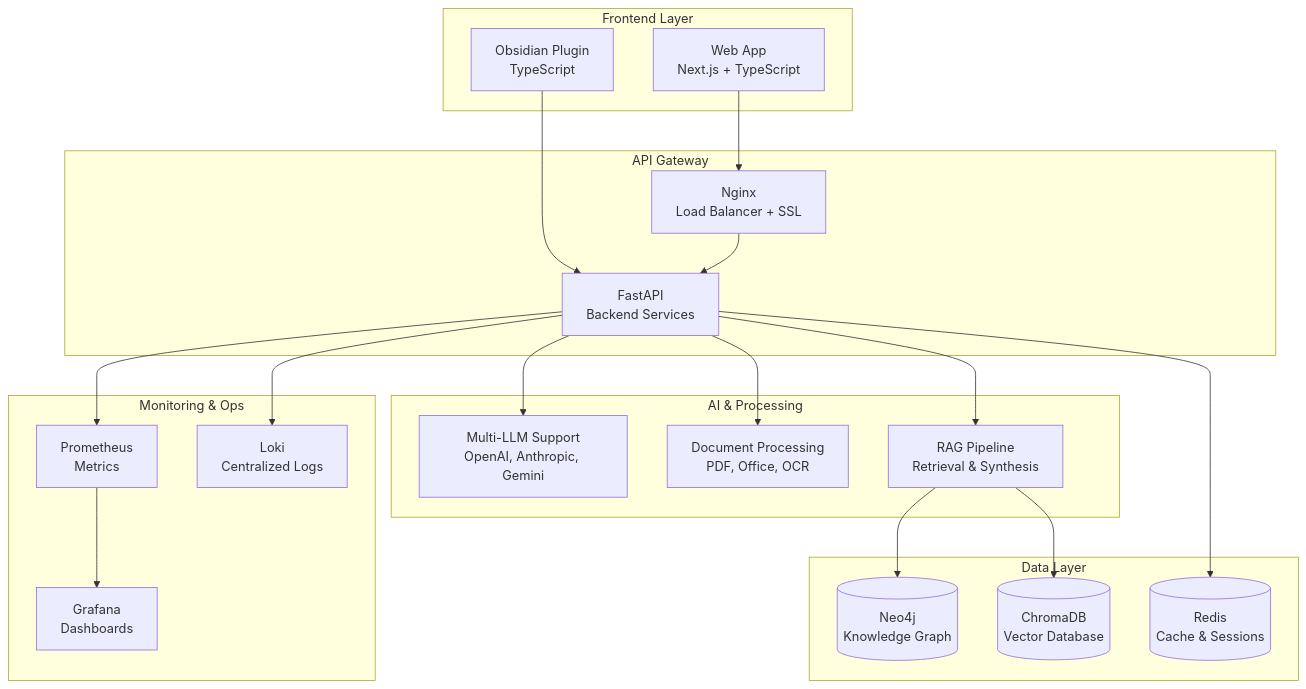
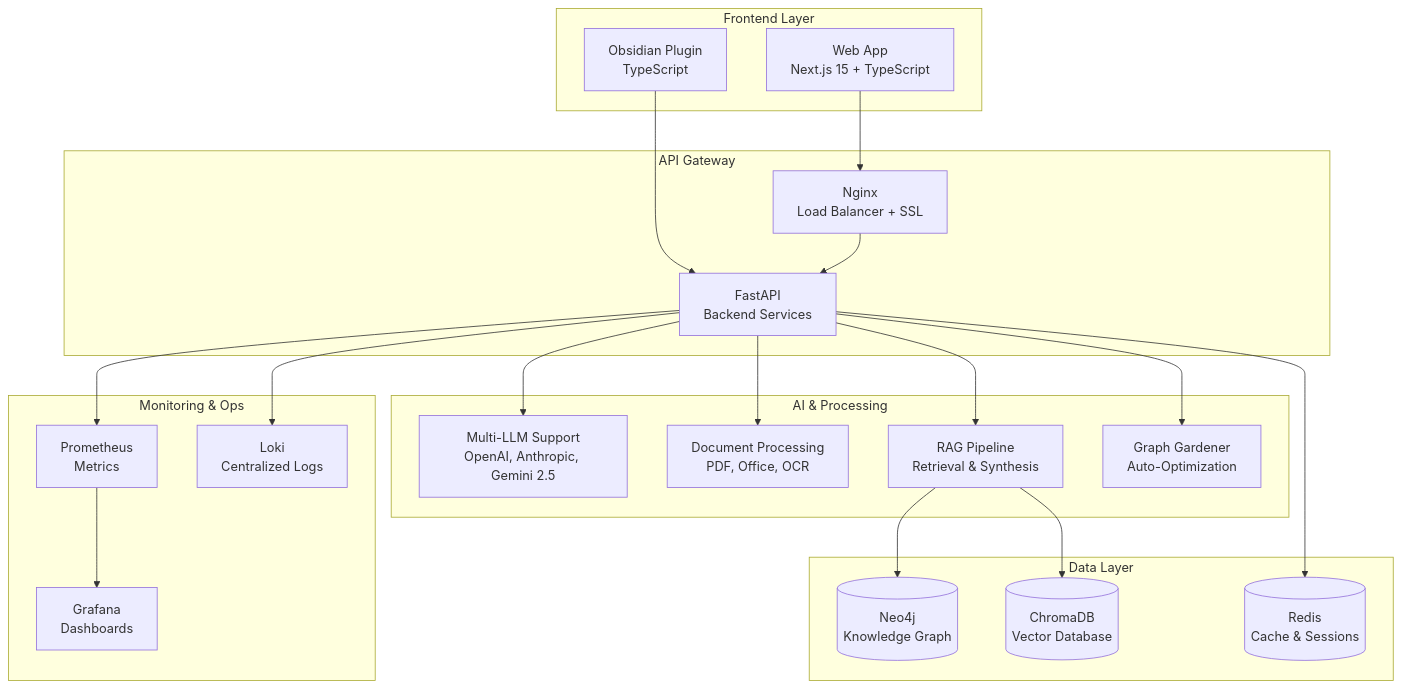
Before and after one commit to bneweling/neuronode: the diagram in README.md, drawn with Mermaid. The commit also changed other lines of this file and 11 other files, not shown here.

First line of the commit message:
🚀 Web-App vollständig funktionsfähig - Dokumentation aufgeräumt

````diff
--- a/README.md
+++ b/README.md
@@ -85,43 +91,45 @@
 ```mermaid
 graph TB
     subgraph "Frontend Layer"
-        WA[Web App<br/>Next.js + TypeScript]
+        WA[Web App<br/>Next.js 15 + TypeScript]
         OP[Obsidian Plugin<br/>TypeScript]
     end
     
     subgraph "API Gateway"
         NG[Nginx<br/>Load Balancer + SSL]
         API[FastAPI<br/>Backend Services]
     end
     
     subgraph "AI & Processing"
-        LLM[Multi-LLM Support<br/>OpenAI, Anthropic, Gemini]
+        LLM[Multi-LLM Support<br/>OpenAI, Anthropic, Gemini 2.5]
         DOC[Document Processing<br/>PDF, Office, OCR]
         RAG[RAG Pipeline<br/>Retrieval & Synthesis]
+        GG[Graph Gardener<br/>Auto-Optimization]
     end
     
     subgraph "Data Layer"
         NEO[(Neo4j<br/>Knowledge Graph)]
         CHR[(ChromaDB<br/>Vector Database)]
         RED[(Redis<br/>Cache & Sessions)]
     end
     
     subgraph "Monitoring & Ops"
         PRO[Prometheus<br/>Metrics]
         GRA[Grafana<br/>Dashboards]
         LOK[Loki<br/>Centralized Logs]
     end
     
     WA --> NG
     OP --> API
     NG --> API
     API --> LLM
     API --> DOC
     API --> RAG
+    API --> GG
     RAG --> NEO
     RAG --> CHR
     API --> RED
     API --> PRO
     PRO --> GRA
     API --> LOK
 ```
````
